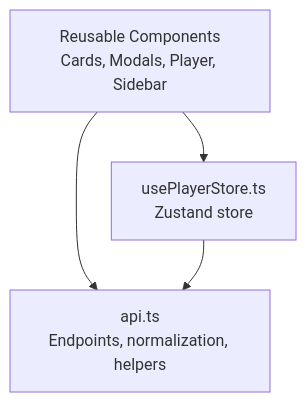
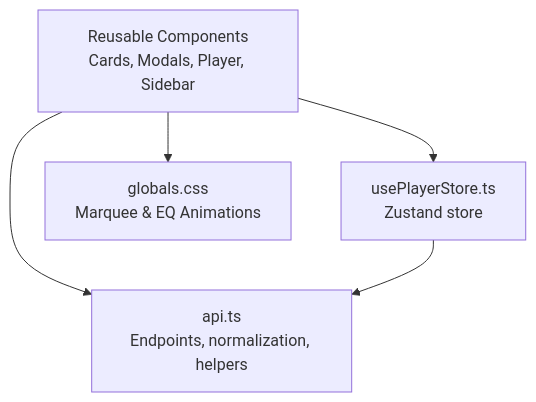
The second of 8 diagrams in .qoder/repowiki/en/content/Component Library/Component Library.md (moindestiny/SonicStream), drawn with Mermaid before and after one commit. The commit also changed other lines of this file and 5 other files, not shown here.

````diff
--- a/.qoder/repowiki/en/content/Component Library/Component Library.md
+++ b/.qoder/repowiki/en/content/Component Library/Component Library.md
@@ -203,9 +224,11 @@
 ```mermaid
 graph TB
 Store["usePlayerStore.ts<br/>Zustand store"]
 API["api.ts<br/>Endpoints, normalization, helpers"]
 UI["Reusable Components<br/>Cards, Modals, Player, Sidebar"]
+ANIM["globals.css<br/>Marquee & EQ Animations"]
 UI --> Store
 UI --> API
+UI --> ANIM
 Store --> API
 ```
````
